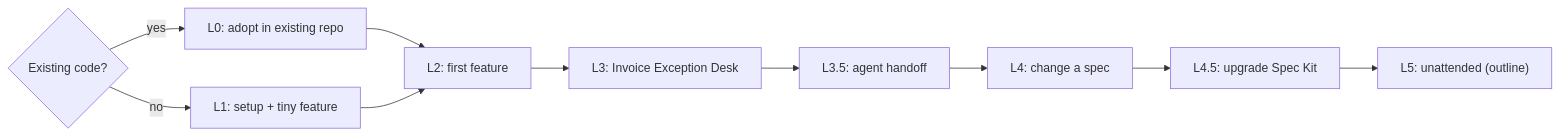
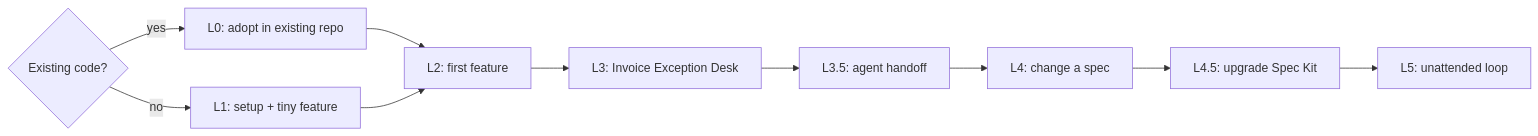
The fourth of 4 diagrams in docs/index.md (tosin2013/invoice-exception-desk), drawn with Mermaid before and after one commit. The commit also changed other lines of this file and 6 other files, not shown here.

````diff
--- a/docs/index.md
+++ b/docs/index.md
@@ -102,8 +102,8 @@
 ```mermaid
 flowchart LR
   Q{Existing code?} -->|yes| L0["L0: adopt in existing repo"]
   Q -->|no| L1["L1: setup + tiny feature"]
   L0 --> L2["L2: first feature"]
   L1 --> L2
-  L2 --> L3["L3: Invoice Exception Desk"] --> L35["L3.5: agent handoff"] --> L4["L4: change a spec"] --> L45["L4.5: upgrade Spec Kit"] --> L5["L5: unattended (outline)"]
+  L2 --> L3["L3: Invoice Exception Desk"] --> L35["L3.5: agent handoff"] --> L4["L4: change a spec"] --> L45["L4.5: upgrade Spec Kit"] --> L5["L5: unattended loop"]
 ```
````
